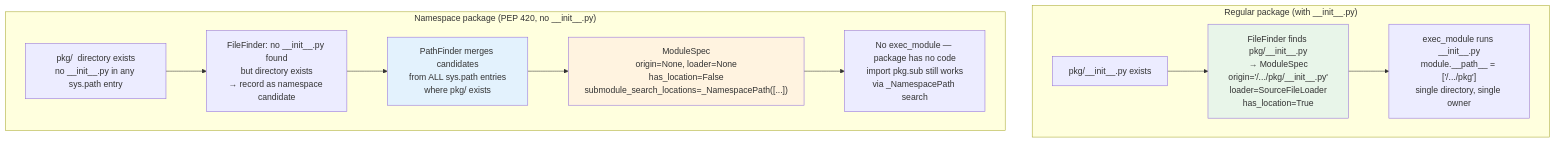
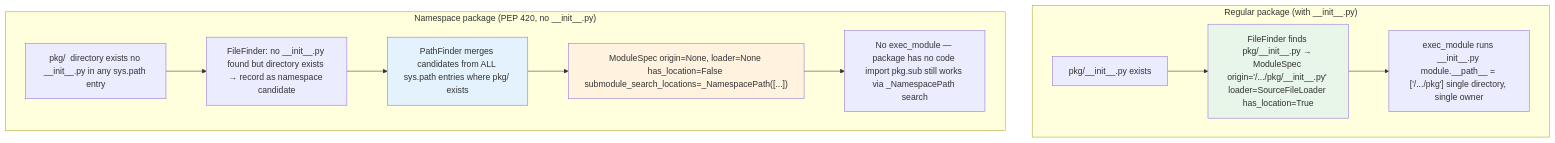
One commit to bumbsclaw/textbooks changed the fifth of 6 diagrams in vol-16-python-cpython-internals/ch09-import-system.md. Above: the diagram before and after it, drawn with Mermaid. The commit also changed other lines of this file and 9 other files, not shown here.

First line of the commit message:
fix(pdf, mermaid): syntax-highlighted code blocks + diagram label fixes

````diff
--- a/vol-16-python-cpython-internals/ch09-import-system.md
+++ b/vol-16-python-cpython-internals/ch09-import-system.md
@@ -726,22 +726,22 @@
 ```mermaid
 flowchart TB
     subgraph Regular ["Regular package  (with __init__.py)"]
         R1["pkg/__init__.py  exists"]
-        R2["FileFinder finds pkg/__init__.py<br/>→ ModuleSpec<br/>origin='/.../pkg/__init__.py'<br/>loader=SourceFileLoader<br/>has_location=True"]
-        R3["exec_module runs __init__.py<br/>module.__path__ = ['/.../pkg']<br/>single directory, single owner"]
+        R2["FileFinder finds pkg/__init__.py → ModuleSpec origin='/.../pkg/__init__.py' loader=SourceFileLoader has_location=True"]
+        R3["exec_module runs __init__.py module.__path__ = ['/.../pkg'] single directory, single owner"]
         R1 --> R2 --> R3
     end
 
     subgraph Namespace ["Namespace package  (PEP 420, no __init__.py)"]
-        N1["pkg/  directory exists<br/>no __init__.py in any sys.path entry"]
-        N2["FileFinder: no __init__.py found<br/>but directory exists<br/>→ record as namespace candidate"]
-        N3["PathFinder merges candidates<br/>from ALL sys.path entries<br/>where pkg/ exists"]
-        N4["ModuleSpec<br/>origin=None, loader=None<br/>has_location=False<br/>submodule_search_locations=_NamespacePath([...])"]
-        N5["No exec_module — package has no code<br/>import pkg.sub still works<br/>via _NamespacePath search"]
+        N1["pkg/  directory exists no __init__.py in any sys.path entry"]
+        N2["FileFinder: no __init__.py found but directory exists → record as namespace candidate"]
+        N3["PathFinder merges candidates from ALL sys.path entries where pkg/ exists"]
+        N4["ModuleSpec origin=None, loader=None has_location=False submodule_search_locations=_NamespacePath([...])"]
+        N5["No exec_module — package has no code import pkg.sub still works via _NamespacePath search"]
         N1 --> N2 --> N3 --> N4 --> N5
     end
 
     style R2 fill:#e8f5e9
     style N4 fill:#fff3e0
     style N3 fill:#e3f2fd
 ```
````
